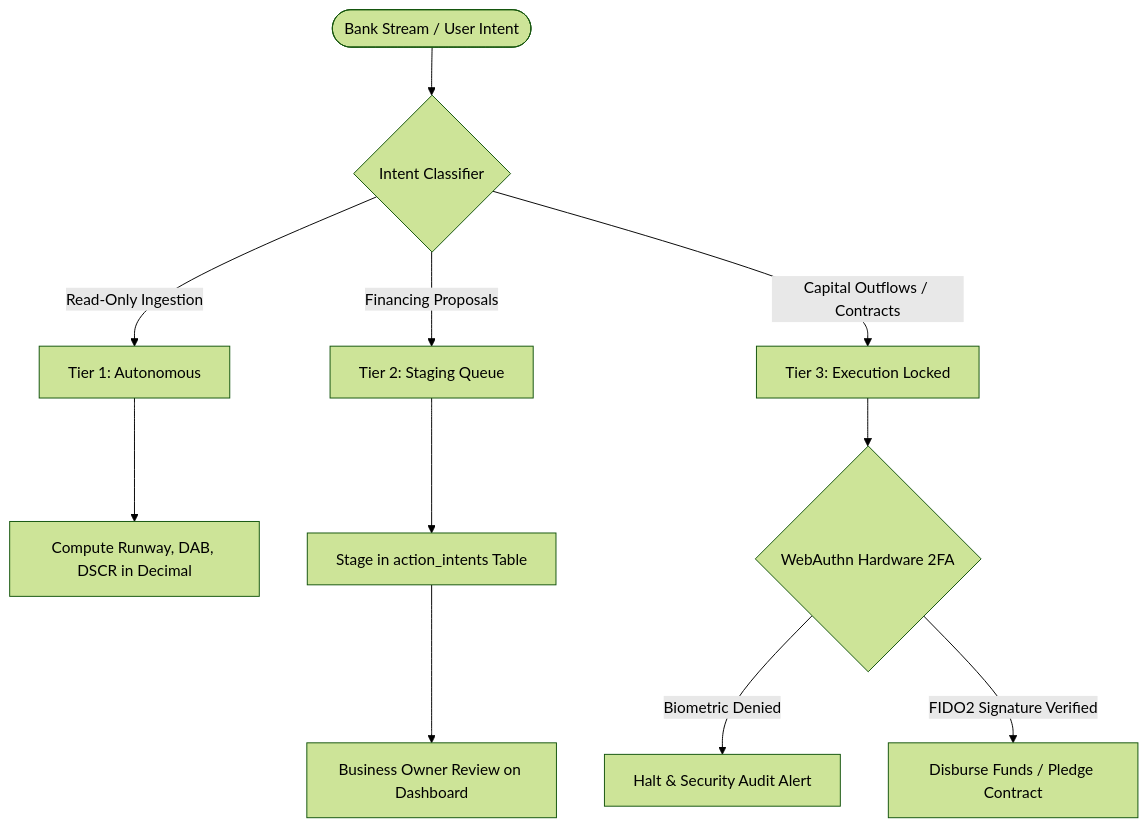
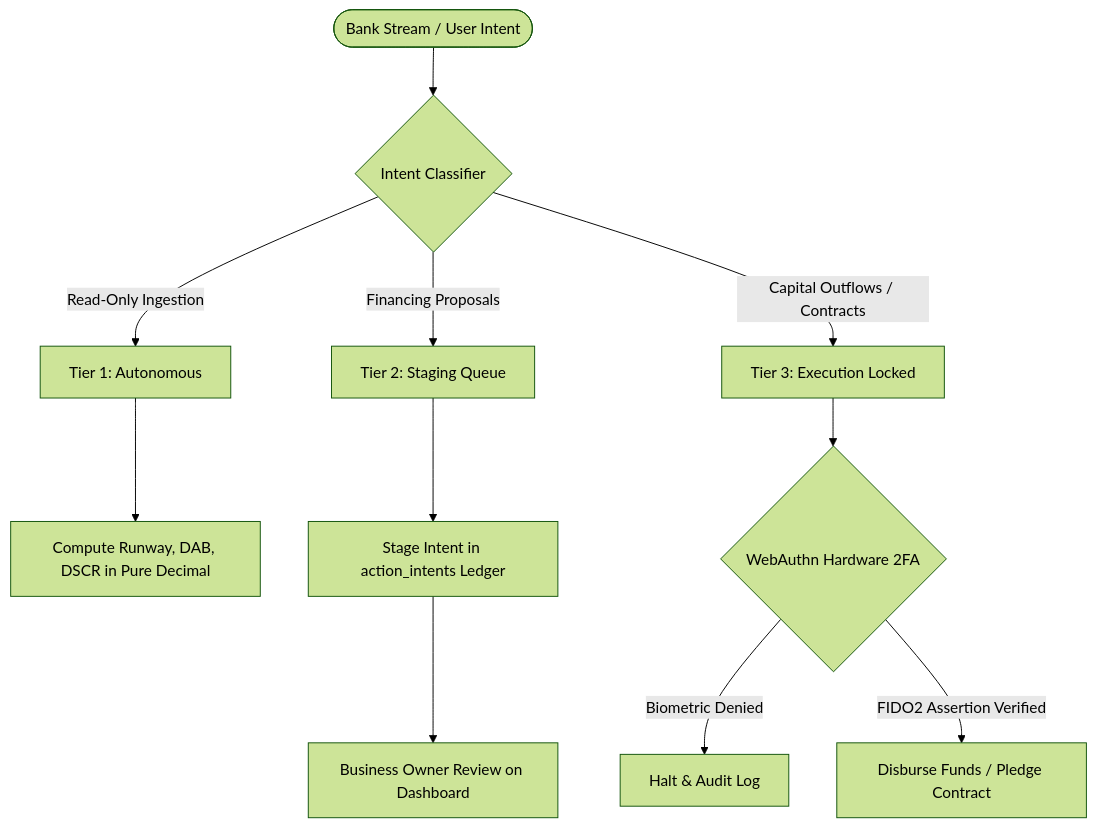
The diagram in README.md (SamJU25/CashPilot), drawn with Mermaid (forest theme) before and after one commit. The commit also changed other lines of this file and 1 other file, not shown here.

````diff
--- a/README.md
+++ b/README.md
@@ -100,16 +115,16 @@
 ```mermaid
 flowchart TD
     Trigger([Bank Stream / User Intent]) --> Gate{Intent Classifier}
     
     Gate -->|Read-Only Ingestion| T1[Tier 1: Autonomous]
-    T1 --> S1[Compute Runway, DAB, DSCR in Decimal]
+    T1 --> S1[Compute Runway, DAB, DSCR in Pure Decimal]
     
     Gate -->|Financing Proposals| T2[Tier 2: Staging Queue]
-    T2 --> S2[Stage in action_intents Table]
+    T2 --> S2[Stage Intent in action_intents Ledger]
     S2 --> Dashboard[Business Owner Review on Dashboard]
     
     Gate -->|Capital Outflows / Contracts| T3[Tier 3: Execution Locked]
     T3 --> Biometric{WebAuthn Hardware 2FA}
-    Biometric -->|Biometric Denied| Halt[Halt & Security Audit Alert]
-    Biometric -->|FIDO2 Signature Verified| Execute[Disburse Funds / Pledge Contract]
+    Biometric -->|Biometric Denied| Halt[Halt & Audit Log]
+    Biometric -->|FIDO2 Assertion Verified| Execute[Disburse Funds / Pledge Contract]
 ```
````
